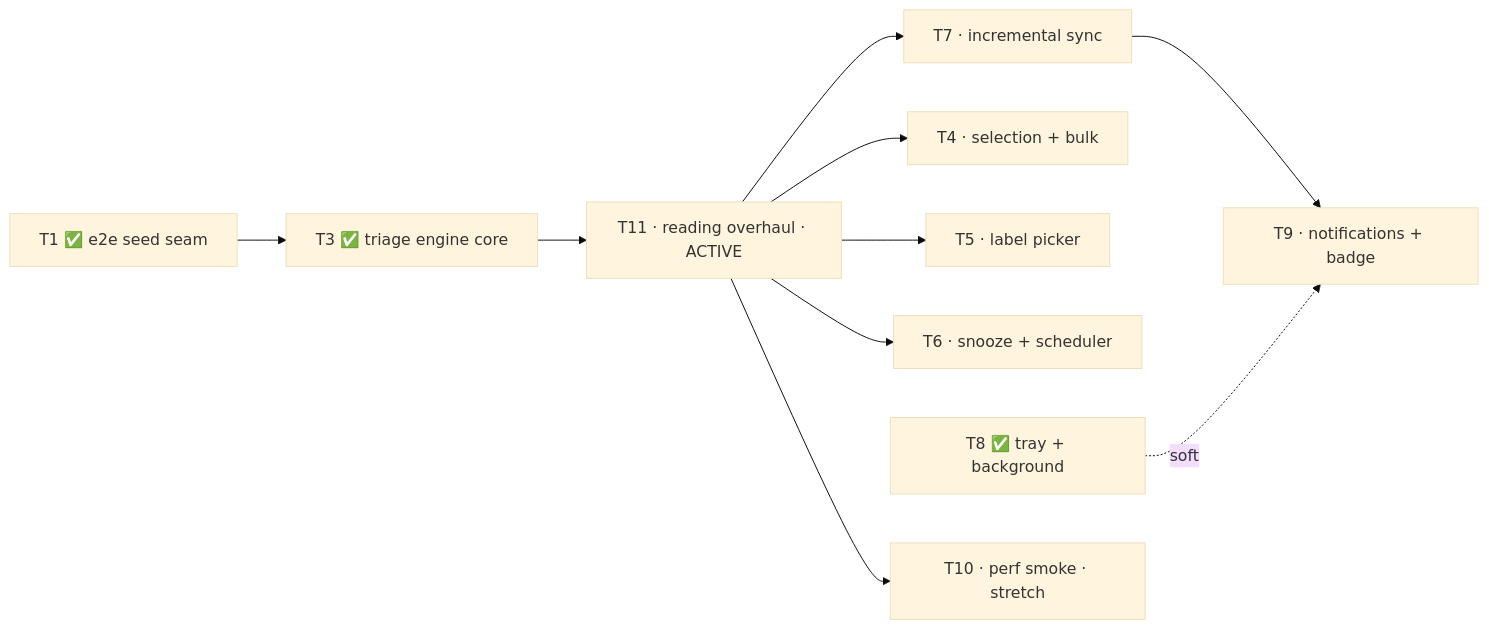
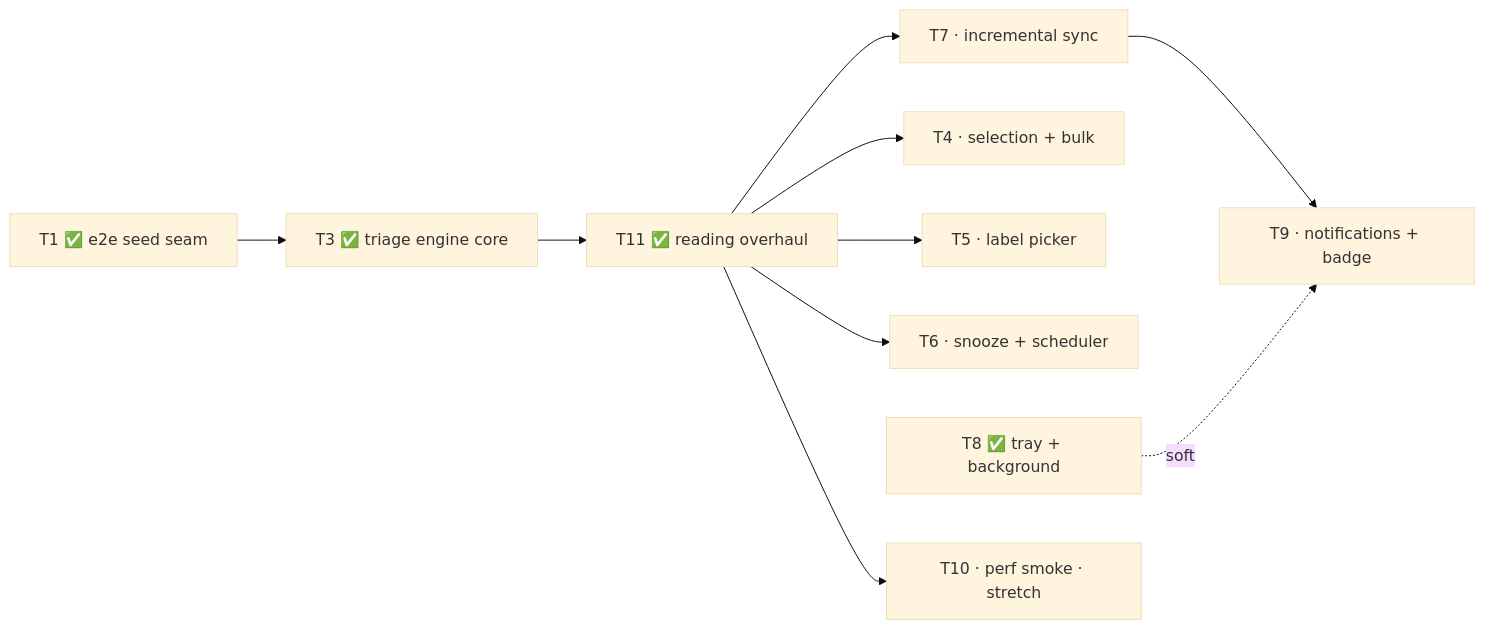
One commit to stephenw310/attn changed the diagram in docs/M1-PLAN.md. Above: the diagram before and after it, drawn with Mermaid (base theme). The commit also changed other lines of this file and 23 other files, not shown here.

Commit message:
implement T11 reading experience overhaul

````diff
--- a/docs/M1-PLAN.md
+++ b/docs/M1-PLAN.md
@@ -33,23 +33,23 @@
 ```mermaid
 graph LR
   T1[T1 ✅ e2e seed seam]
   T3[T3 ✅ triage engine core]
   T8[T8 ✅ tray + background]
-  T11[T11 · reading overhaul · ACTIVE]
+  T11[T11 ✅ reading overhaul]
   T4[T4 · selection + bulk]
   T5[T5 · label picker]
   T6[T6 · snooze + scheduler]
   T7[T7 · incremental sync]
   T9[T9 · notifications + badge]
   T10[T10 · perf smoke · stretch]
 
   T1 --> T3
   T3 --> T11
   T11 --> T4
   T11 --> T5
   T11 --> T6
   T11 --> T7
   T11 --> T10
   T7 --> T9
   T8 -.soft.-> T9
 ```
````
